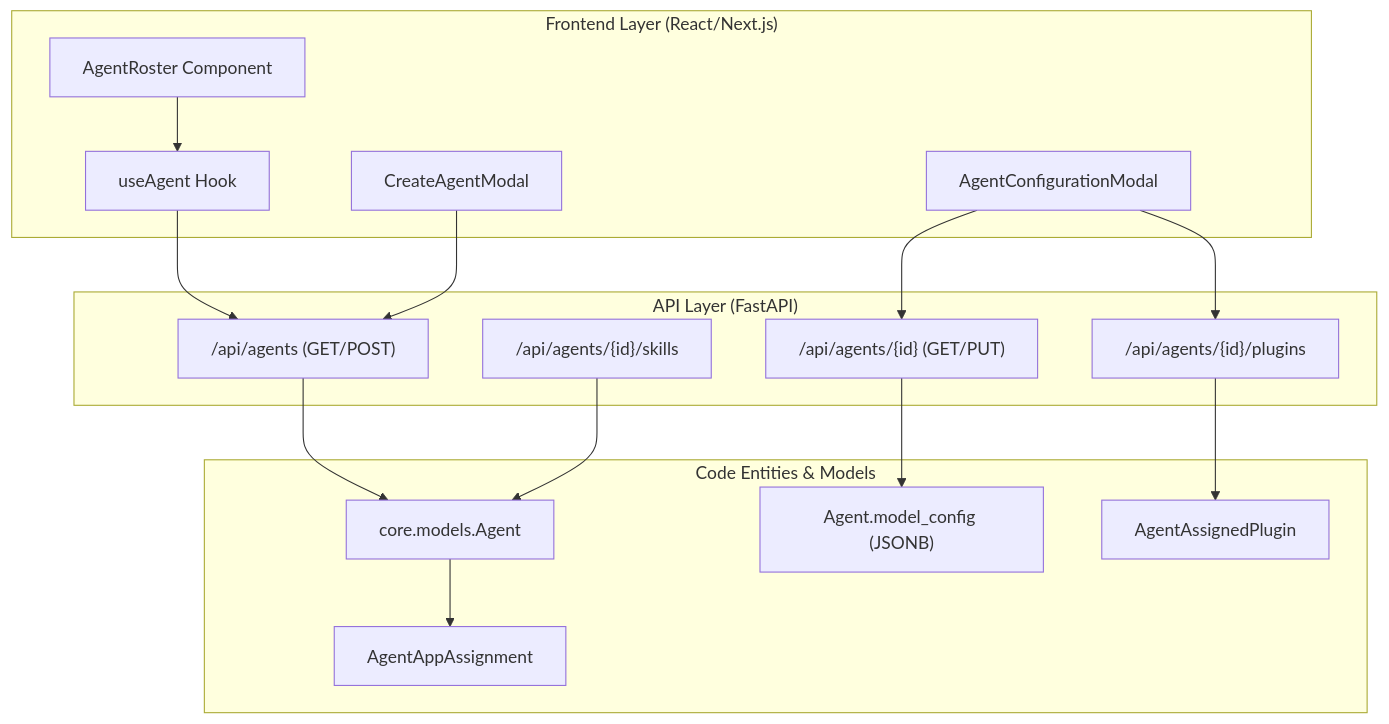
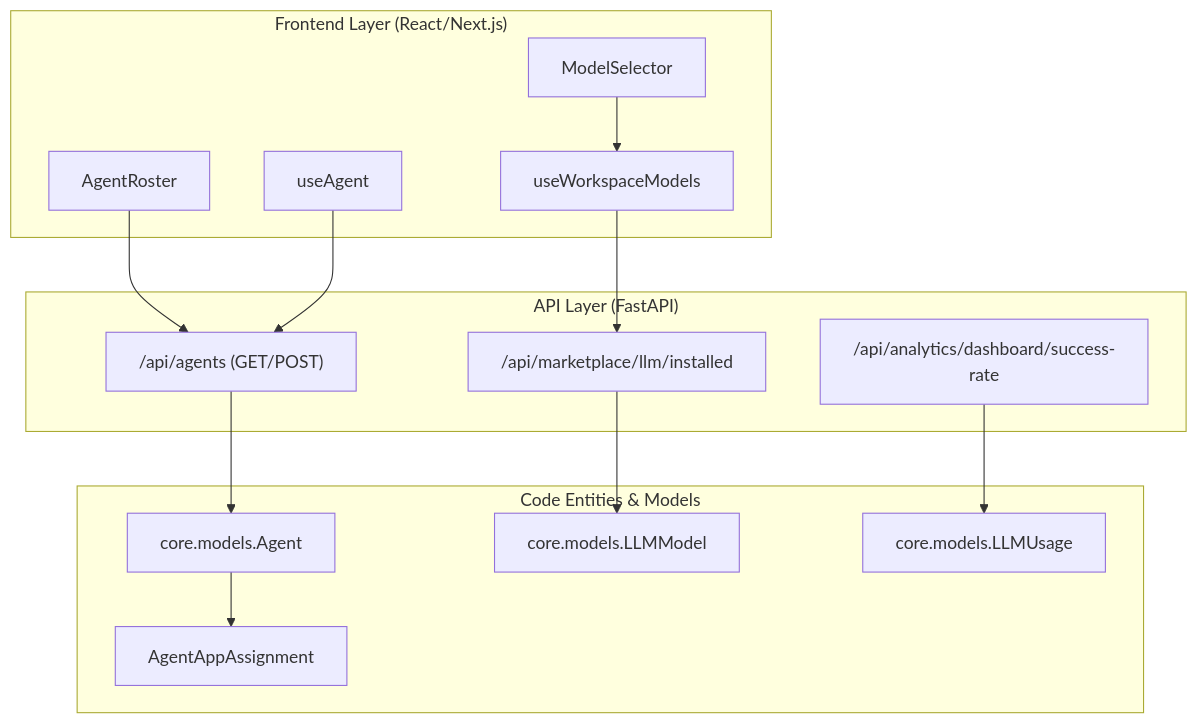
The diagram in docs/agents/agent-api-reference.md (AutomatosAI/automatos-ai), drawn with Mermaid before and after one commit. The commit also changed other lines of this file and 153 other files, not shown here.

````diff
--- a/docs/agents/agent-api-reference.md
+++ b/docs/agents/agent-api-reference.md
@@ -71,35 +75,31 @@
 ```mermaid
 graph TB
     subgraph "Frontend Layer (React/Next.js)"
-        UI_Roster["AgentRoster Component"]
-        UI_Config["AgentConfigurationModal"]
-        UI_Create["CreateAgentModal"]
-        Hook_Agent["useAgent Hook"]
+        UI_Roster["AgentRoster"]
+        UI_ModelSel["ModelSelector"]
+        Hook_Model["useWorkspaceModels"]
+        Hook_Agent["useAgent"]
     end
     
     subgraph "API Layer (FastAPI)"
         R_Agents["/api/agents (GET/POST)"]
-        R_Config["/api/agents/{id} (GET/PUT)"]
-        R_Plugins["/api/agents/{id}/plugins"]
-        R_Skills["/api/agents/{id}/skills"]
+        R_Model["/api/marketplace/llm/installed"]
+        R_Analytics["/api/analytics/dashboard/success-rate"]
     end
     
     subgraph "Code Entities & Models"
         M_Agent["core.models.Agent"]
-        M_ModelCfg["Agent.model_config (JSONB)"]
+        M_LLM["core.models.LLMModel"]
+        M_Usage["core.models.LLMUsage"]
         M_AppAssign["AgentAppAssignment"]
-        M_AssignedPlugin["AgentAssignedPlugin"]
     end
 
-    UI_Roster --> Hook_Agent
+    UI_Roster --> R_Agents
+    UI_ModelSel --> Hook_Model
+    Hook_Model --> R_Model
     Hook_Agent --> R_Agents
-    UI_Config --> R_Config
-    UI_Config --> R_Plugins
-    UI_Create --> R_Agents
-    
     R_Agents --> M_Agent
-    R_Config --> M_ModelCfg
-    R_Plugins --> M_AssignedPlugin
-    R_Skills --> M_Agent
+    R_Model --> M_LLM
+    R_Analytics --> M_Usage
     M_Agent --> M_AppAssign
 ```
````
